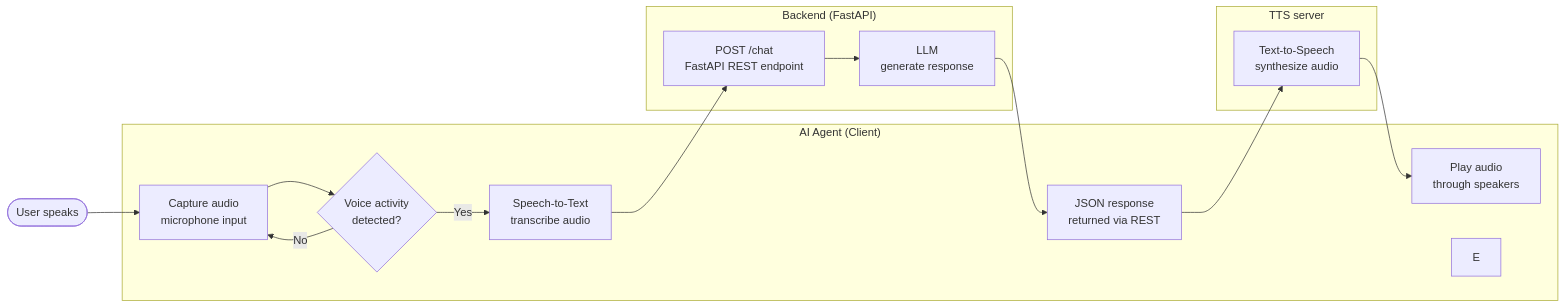
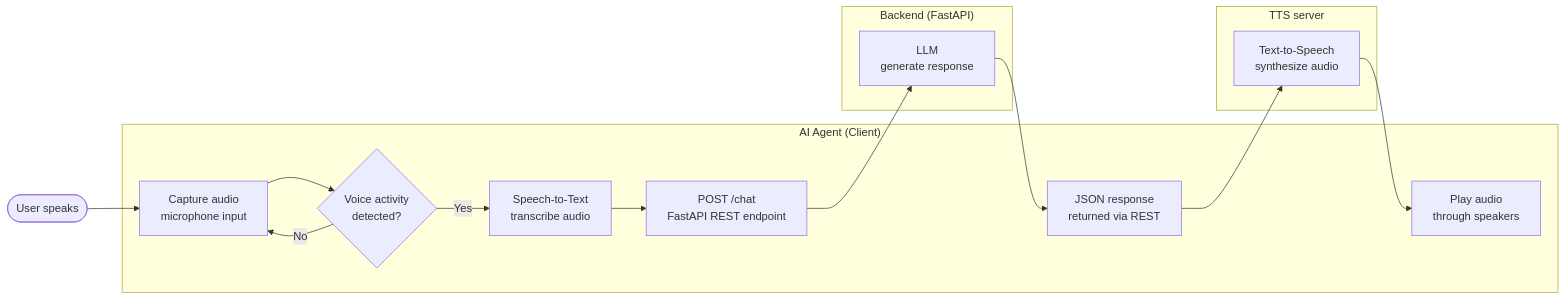
Before and after one commit to CREUZEDorian/intelligent-agent: the diagram in ai-agent-flow-detailed.md, drawn with Mermaid.

````diff
--- a/ai-agent-flow-detailed.md
+++ b/ai-agent-flow-detailed.md
@@ -1,29 +1,29 @@
 ```mermaid
 flowchart LR
     A([User speaks]) --> B[Capture audio<br/>microphone input]
     B --> C{Voice activity<br/>detected?}
     C -- No --> B
     C -- Yes --> D[Speech-to-Text<br/>transcribe audio]
     D --> F[POST /chat<br/>FastAPI REST endpoint]
     F --> G[LLM<br/>generate response]
     G --> H[JSON response<br/>returned via REST]
     H --> I[Text-to-Speech<br/>synthesize audio]
     I --> J[Play audio<br/>through speakers]
 
     subgraph Client["AI Agent (Client)"]
         B
         C
         D
-        E
+        F
         H
         J
     end
 
     subgraph Server["Backend (FastAPI)"]
-        F
         G
+        H
     end
     subgraph TTS["TTS server"]
         I
     end
 ```
````
